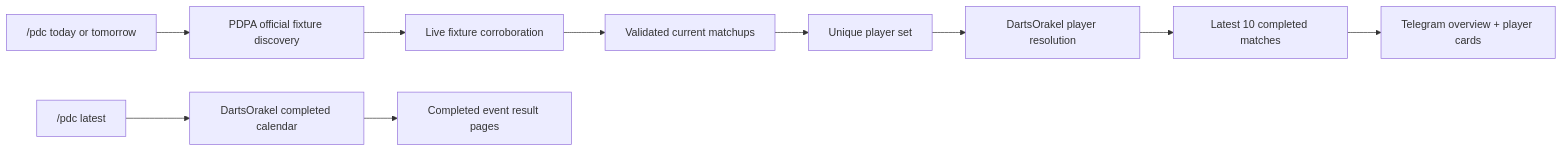
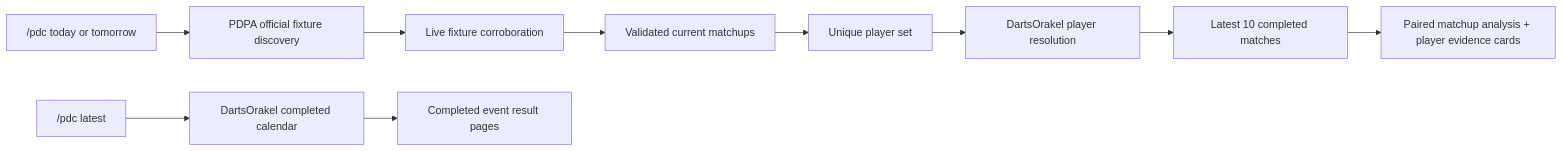
One commit to vse1999/dartsscraper changed the diagram in docs/PDC_UPCOMING_ARCHITECTURE.md. Above: the diagram before and after it, drawn with Mermaid. The commit also changed other lines of this file and 7 other files, not shown here.

Commit message:
Add automatic PDC matchup analysis cards

````diff
--- a/docs/PDC_UPCOMING_ARCHITECTURE.md
+++ b/docs/PDC_UPCOMING_ARCHITECTURE.md
@@ -15,13 +15,13 @@
 ```mermaid
 flowchart LR
     T["/pdc today or tomorrow"] --> D["PDPA official fixture discovery"]
     D --> V["Live fixture corroboration"]
     V --> F["Validated current matchups"]
     F --> U["Unique player set"]
     U --> R["DartsOrakel player resolution"]
     R --> H["Latest 10 completed matches"]
-    H --> M["Telegram overview + player cards"]
+    H --> M["Paired matchup analysis + player evidence cards"]
 
     L["/pdc latest"] --> C["DartsOrakel completed calendar"]
     C --> E["Completed event result pages"]
 ```
````
